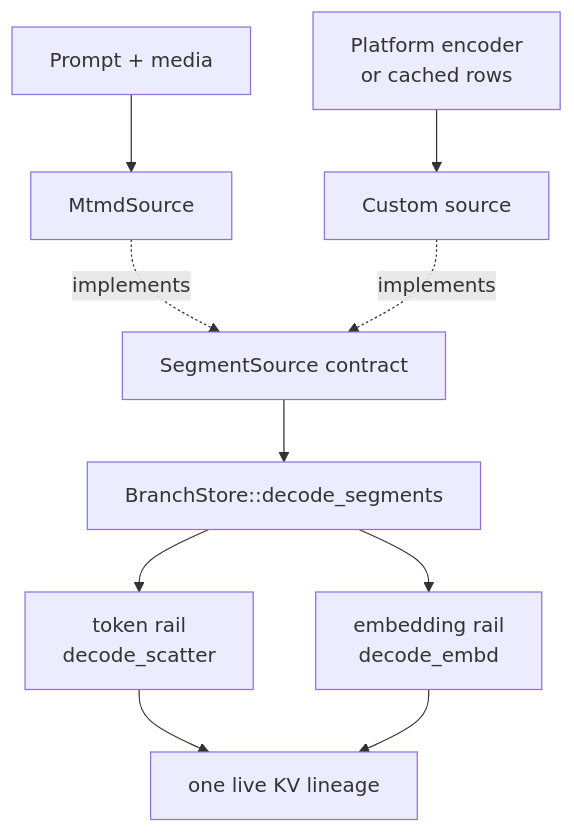
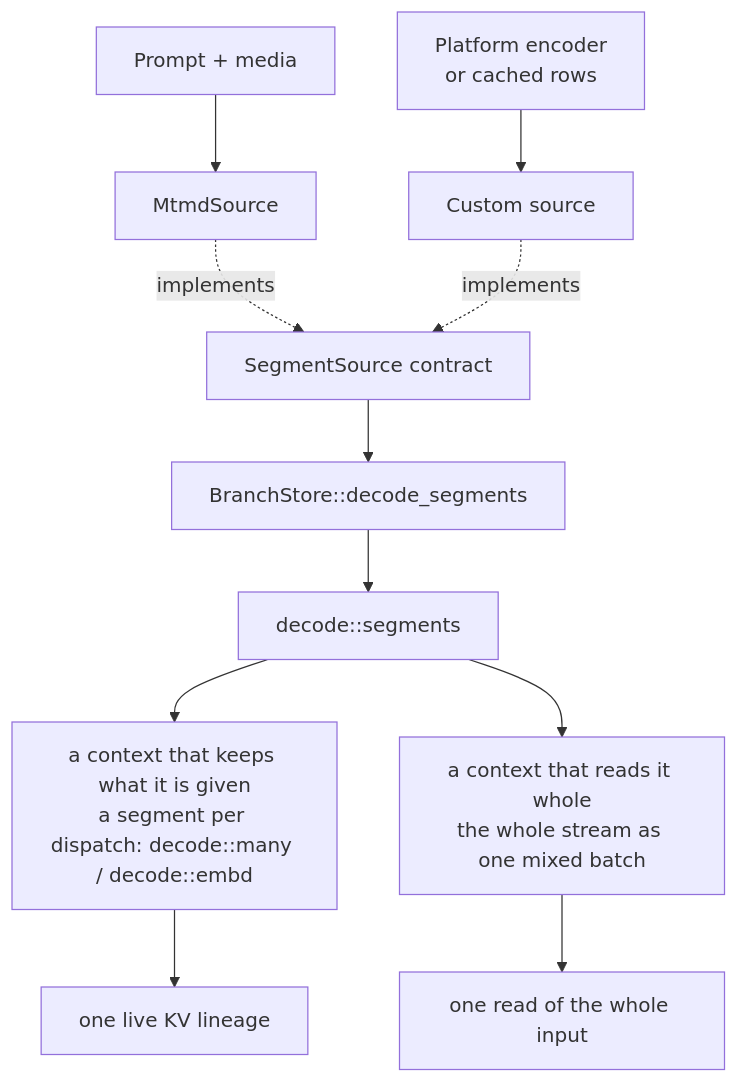
Before and after one commit to lloyal-ai/liblloyal: the third of 5 diagrams in README.md, drawn with Mermaid. The commit also changed other lines of this file and 3 other files, not shown here.

First line of the commit message:
docs: one rail places a segment stream, in the shape its context needs

````diff
--- a/README.md
+++ b/README.md
@@ -134,12 +135,13 @@
 ```mermaid
 flowchart TD
     A["Prompt + media"] --> M["MtmdSource"]
     C["Platform encoder<br/>or cached rows"] --> X["Custom source"]
     M -. implements .-> S["SegmentSource contract"]
     X -. implements .-> S
     S --> B["BranchStore::decode_segments"]
-    B --> T["token rail<br/>decode_scatter"]
-    B --> E["embedding rail<br/>decode_embd"]
+    B --> R["decode::segments"]
+    R --> T["a context that keeps what it is given<br/>a segment per dispatch: decode::many / decode::embd"]
+    R --> W["a context that reads it whole<br/>the whole stream as one mixed batch"]
     T --> K["one live KV lineage"]
-    E --> K
+    W --> V["one read of the whole input"]
 ```
````
